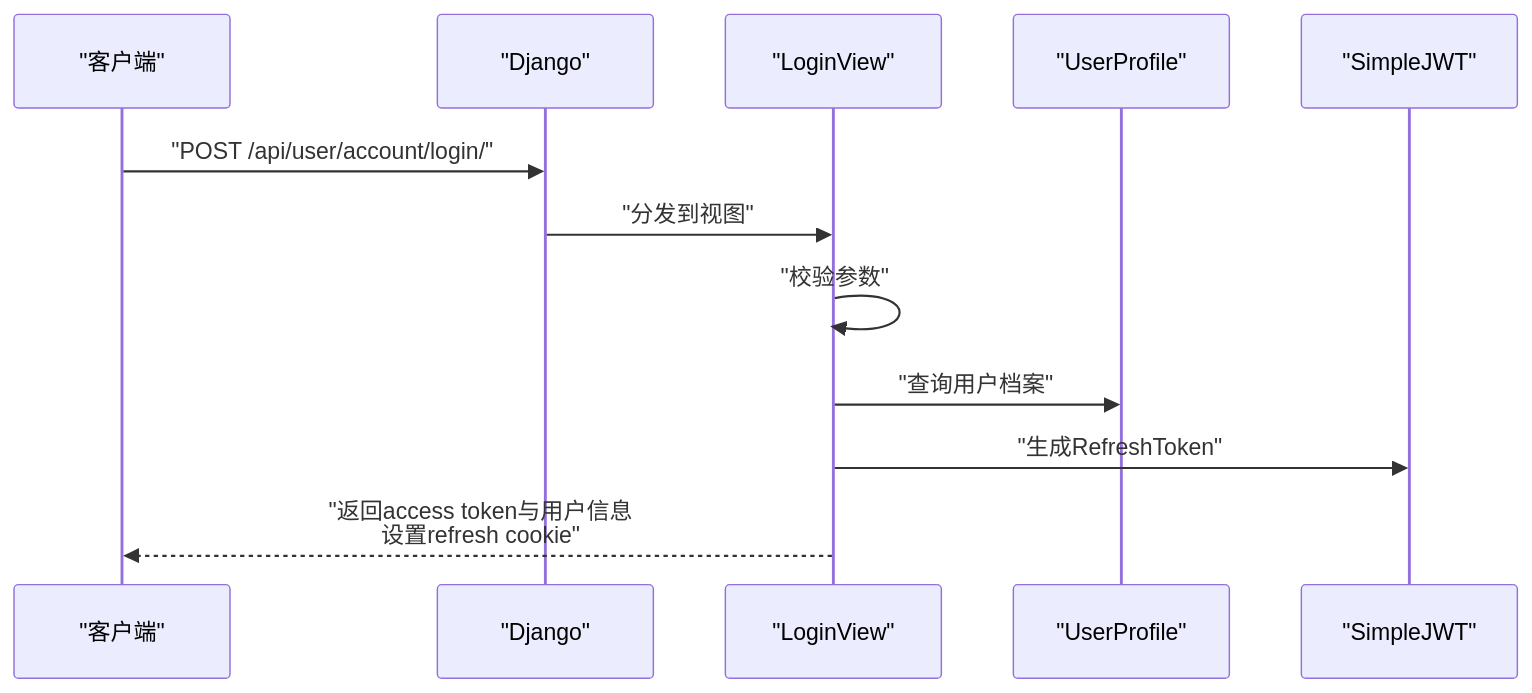
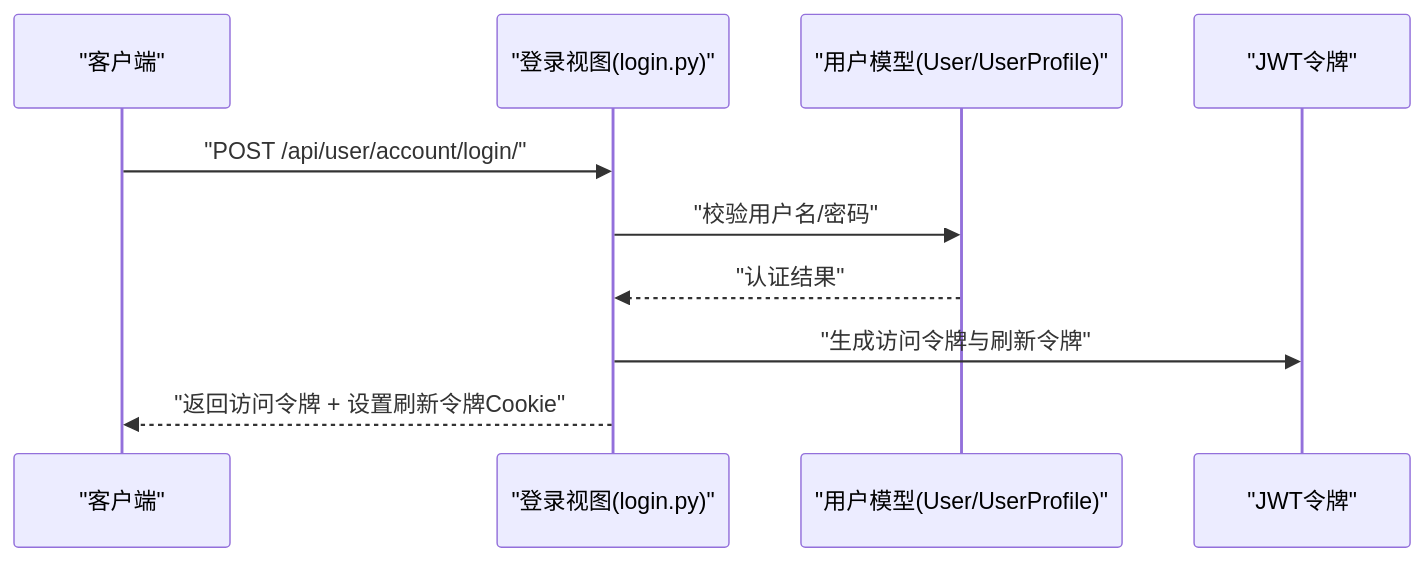
One commit to Blaipchi/LLM_AIfriends changed the third of 6 diagrams in .qoder/repowiki/zh/content/部署指南/部署指南.md. Above: the diagram before and after it, drawn with Mermaid. The commit also changed other lines of this file and 89 other files, not shown here.

````diff
--- a/.qoder/repowiki/zh/content/部署指南/部署指南.md
+++ b/.qoder/repowiki/zh/content/部署指南/部署指南.md
@@ -190,14 +179,12 @@
 ```mermaid
 sequenceDiagram
 participant C as "客户端"
-participant D as "Django"
-participant V as "LoginView"
-participant U as "UserProfile"
-participant T as "SimpleJWT"
-C->>D : "POST /api/user/account/login/"
-D->>V : "分发到视图"
-V->>V : "校验参数"
-V->>U : "查询用户档案"
-V->>T : "生成RefreshToken"
-V-->>C : "返回access token与用户信息<br/>设置refresh cookie"
+participant V as "登录视图(login.py)"
+participant U as "用户模型(User/UserProfile)"
+participant T as "JWT令牌"
+C->>V : "POST /api/user/account/login/"
+V->>U : "校验用户名/密码"
+U-->>V : "认证结果"
+V->>T : "生成访问令牌与刷新令牌"
+V-->>C : "返回访问令牌 + 设置刷新令牌Cookie"
 ```
````
